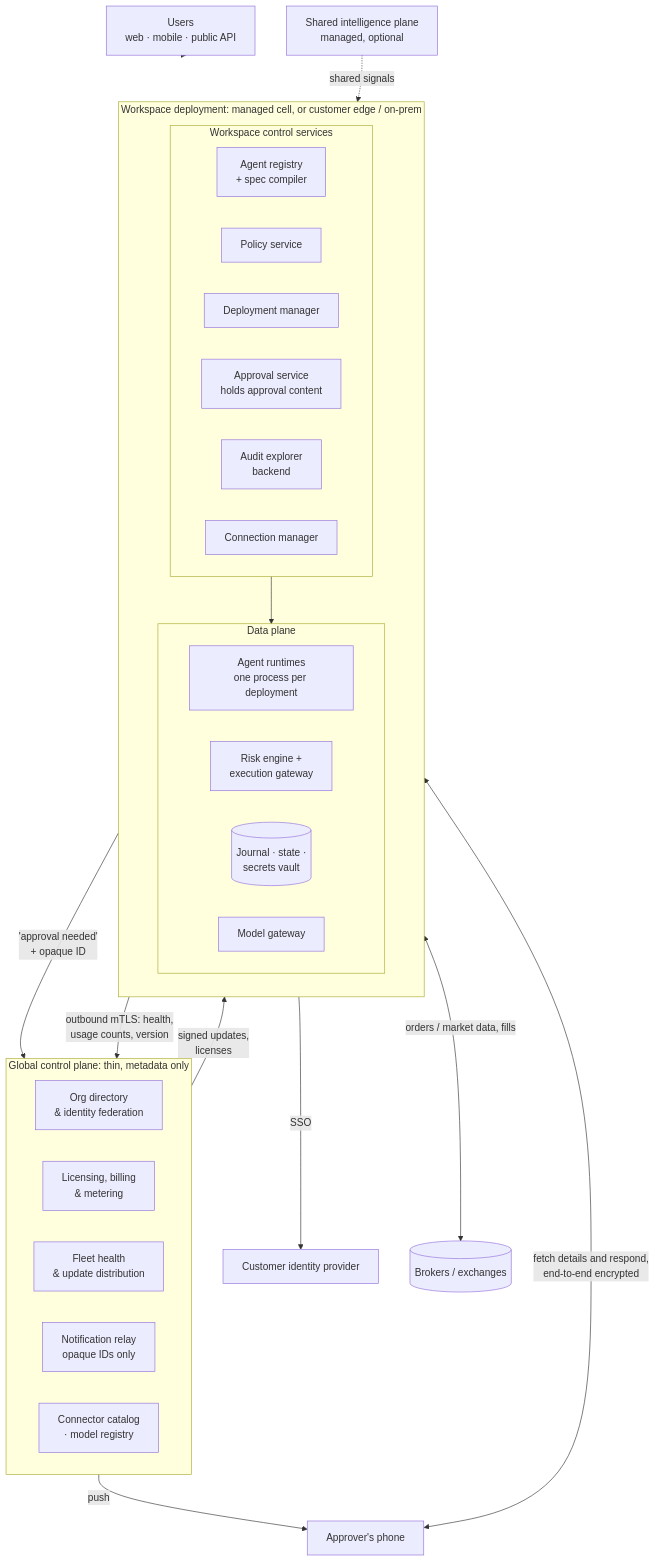
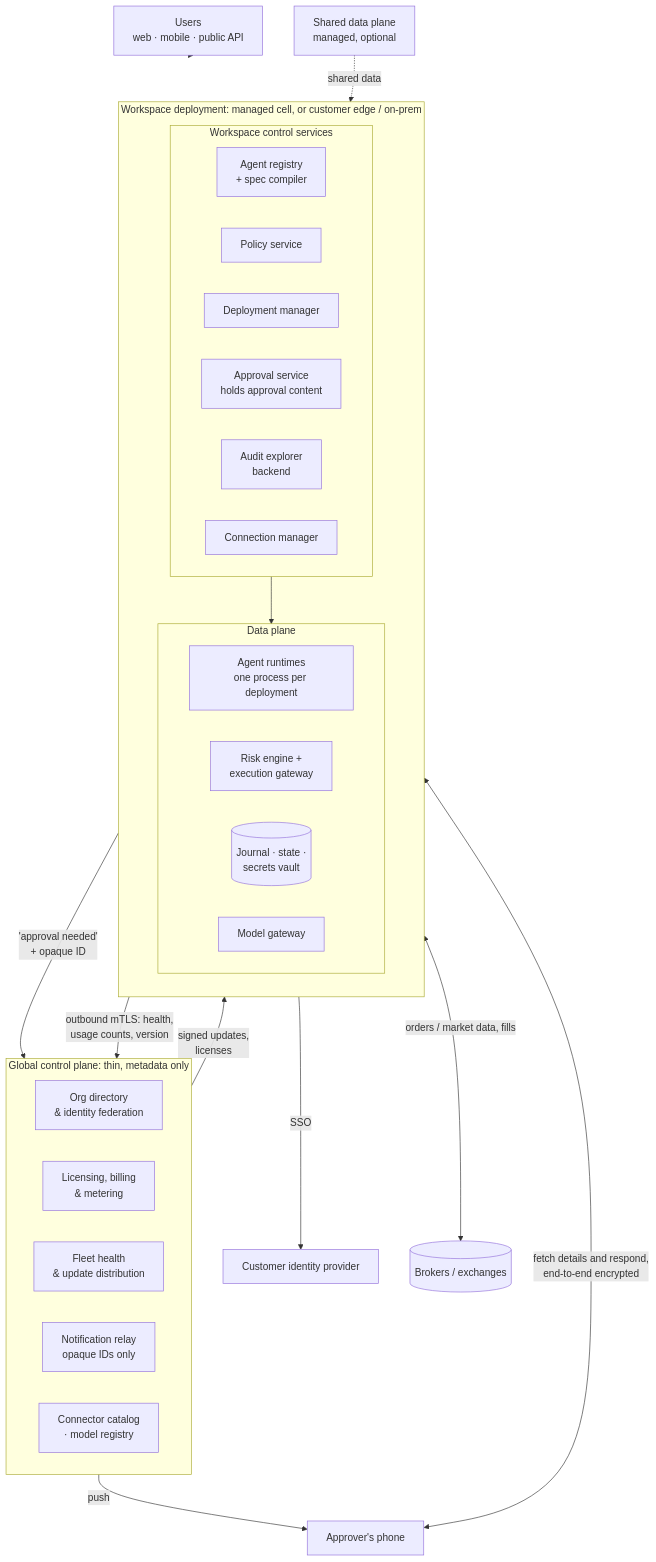
The fourth of 10 diagrams in docs/HLD.md (kunwarshivam/mandate), drawn with Mermaid before and after one commit. The commit also changed other lines of this file and 12 other files, not shown here.

Commit message:
Align trading spec v0.6, journal, AGENTS rules, HLD shared data plane, compliance (question 30), PRD, roadmap, glossary, and backlog with mandate spec v0.3

````diff
--- a/docs/HLD.md
+++ b/docs/HLD.md
@@ -170,48 +170,48 @@
 ```mermaid
 flowchart TB
     subgraph GCP["Global control plane: thin, metadata only"]
         direction LR
         dir["Org directory<br/>& identity federation"]
         lic["Licensing, billing<br/>& metering"]
         fleet["Fleet health<br/>& update distribution"]
         relay["Notification relay<br/>opaque IDs only"]
         cat["Connector catalog<br/>· model registry"]
     end
 
     subgraph SITE["Workspace deployment: managed cell, or customer edge / on-prem"]
         direction TB
         subgraph WCS["Workspace control services"]
             direction LR
             spec["Agent registry<br/>+ spec compiler"]
             pol["Policy service"]
             dep["Deployment manager"]
             appr["Approval service<br/>holds approval content"]
             audx["Audit explorer<br/>backend"]
             conn["Connection manager"]
         end
         subgraph DP["Data plane"]
             direction LR
             rt["Agent runtimes<br/>one process per deployment"]
             exec["Risk engine +<br/>execution gateway"]
             store[("Journal · state ·<br/>secrets vault")]
             mg["Model gateway"]
         end
         WCS --> DP
     end
 
     users["Users<br/>web · mobile · public API"]
     idp["Customer identity provider"]
     phone["Approver's phone"]
     venues[("Brokers / exchanges")]
-    SI["Shared intelligence plane<br/>managed, optional"]
+    SI["Shared data plane<br/>managed, optional"]
 
     users --> WCS
     WCS -->|"SSO"| idp
     SITE -->|"outbound mTLS: health,<br/>usage counts, version"| GCP
     GCP -->|"signed updates,<br/>licenses"| SITE
     appr -->|"'approval needed'<br/>+ opaque ID"| relay
     relay -->|push| phone
     phone <-->|"fetch details and respond,<br/>end-to-end encrypted"| appr
     DP <-->|"orders / market data, fills"| venues
-    SI -.->|shared signals| DP
+    SI -.->|shared data| DP
 ```
````
